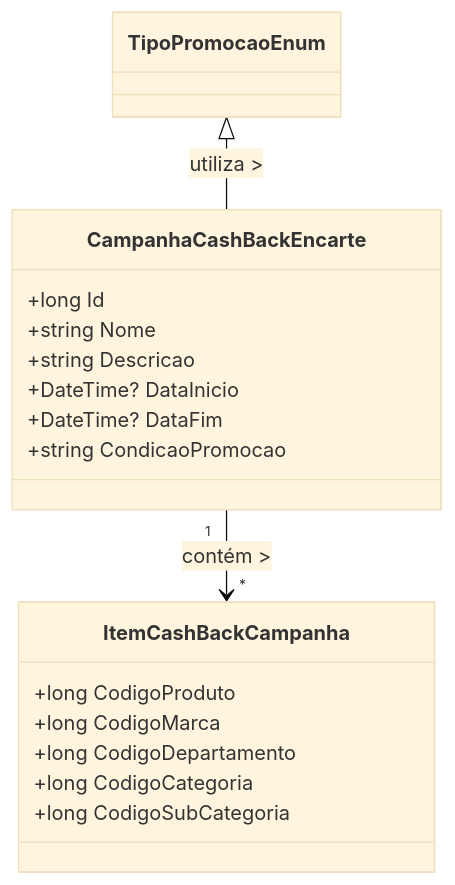
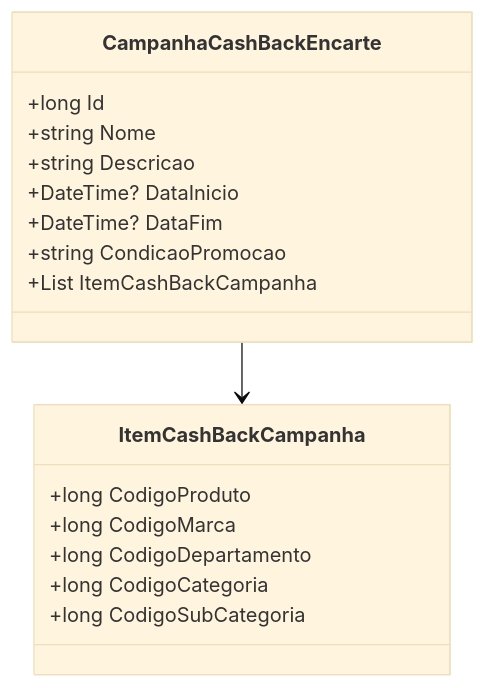
Before and after one commit to IsthmusSistemas/documentacao-tecnica: the diagram in docs/b2b-dominio/IsthmusWinthor.Nucleo/IsthmusWinthor.Dominio/POCO/Precos/CampanhaCashBackEncarte.md, drawn with Mermaid (base theme). The commit also changed other lines of this file and 882 other files, not shown here.

````diff
--- a/docs/b2b-dominio/IsthmusWinthor.Nucleo/IsthmusWinthor.Dominio/POCO/Precos/CampanhaCashBackEncarte.md
+++ b/docs/b2b-dominio/IsthmusWinthor.Nucleo/IsthmusWinthor.Dominio/POCO/Precos/CampanhaCashBackEncarte.md
@@ -32,22 +32,22 @@
 ```mermaid
 classDiagram
     class CampanhaCashBackEncarte {
         +long Id
         +string Nome
         +string Descricao
         +DateTime? DataInicio
         +DateTime? DataFim
         +string CondicaoPromocao
+        +List<ItemCashBackCampanha> ItemCashBackCampanha
     }
     
     class ItemCashBackCampanha {
         +long CodigoProduto
         +long CodigoMarca
         +long CodigoDepartamento
         +long CodigoCategoria
         +long CodigoSubCategoria
     }
     
-    CampanhaCashBackEncarte "1" --> "*" ItemCashBackCampanha : contém >
-    TipoPromocaoEnum <|-- CampanhaCashBackEncarte : utiliza >
-``` 
+    CampanhaCashBackEncarte --> ItemCashBackCampanha
+```
````
